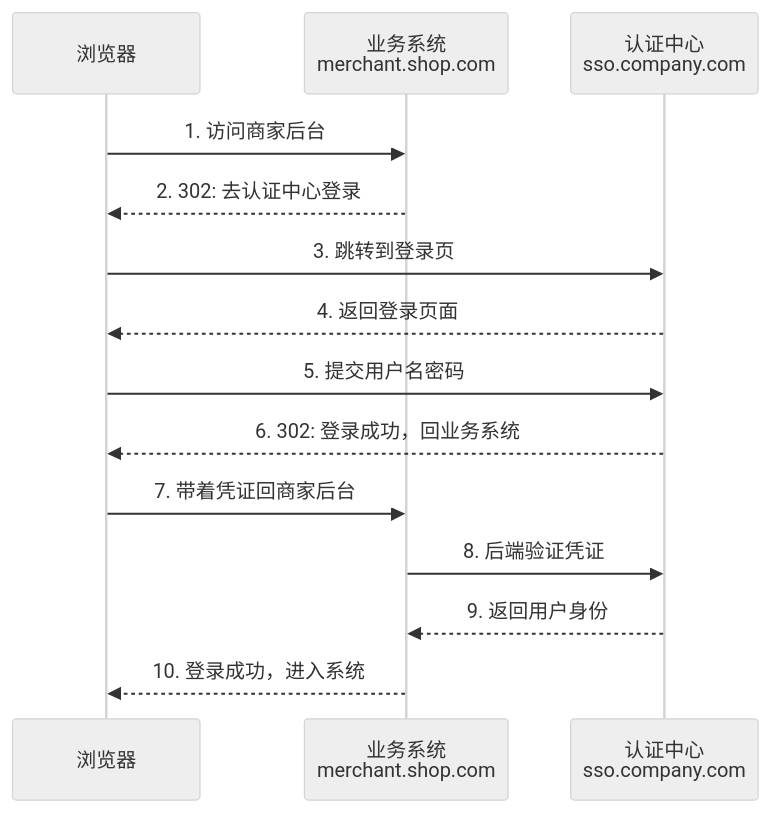
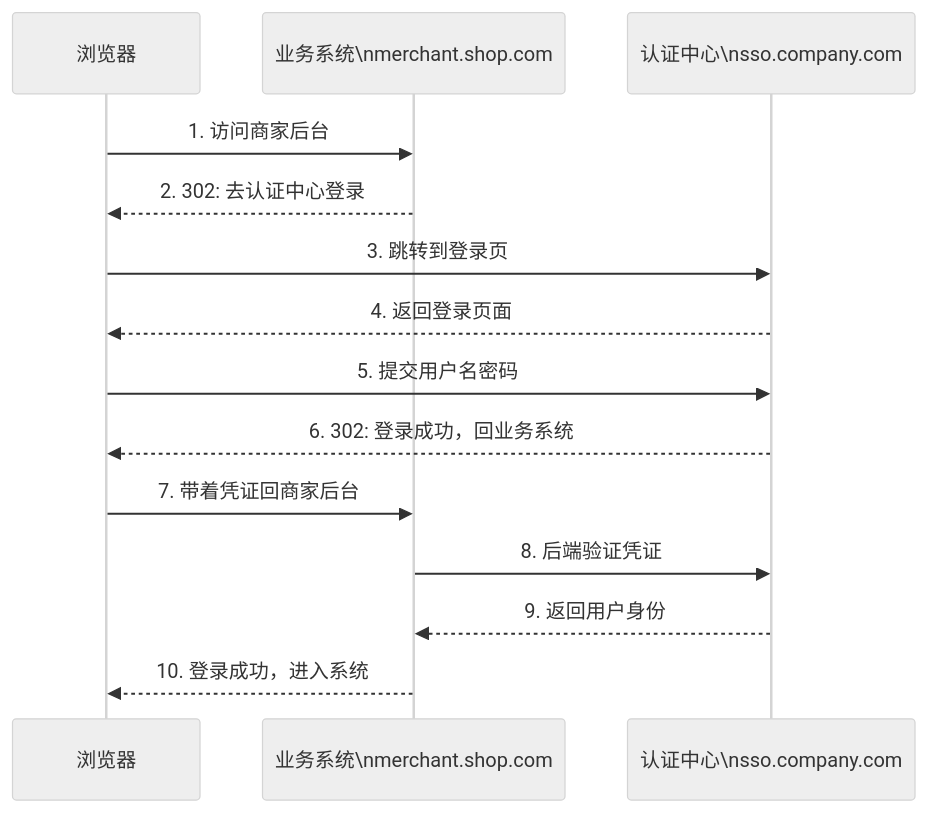
Before and after one commit to yaocat55/yaocat55.github.io: the first of 3 diagrams in content/posts/springsecurity/OAuth2JwtSsoImplementation.md, drawn with Mermaid (neutral theme). The commit also changed other lines of this file and 155 other files, not shown here.

````diff
--- a/content/posts/springsecurity/OAuth2JwtSsoImplementation.md
+++ b/content/posts/springsecurity/OAuth2JwtSsoImplementation.md
@@ -37,17 +37,17 @@
 ```mermaid
 sequenceDiagram
     participant Browser as 浏览器
-    participant Biz as 业务系统<br/>merchant.shop.com
-    participant SSO as 认证中心<br/>sso.company.com
+    participant Biz as 业务系统\nmerchant.shop.com
+    participant SSO as 认证中心\nsso.company.com
 
     Browser->>Biz: 1. 访问商家后台
     Biz-->>Browser: 2. 302: 去认证中心登录
     Browser->>SSO: 3. 跳转到登录页
     SSO-->>Browser: 4. 返回登录页面
     Browser->>SSO: 5. 提交用户名密码
     SSO-->>Browser: 6. 302: 登录成功，回业务系统
     Browser->>Biz: 7. 带着凭证回商家后台
     Biz->>SSO: 8. 后端验证凭证
     SSO-->>Biz: 9. 返回用户身份
     Biz-->>Browser: 10. 登录成功，进入系统
 ```
````
